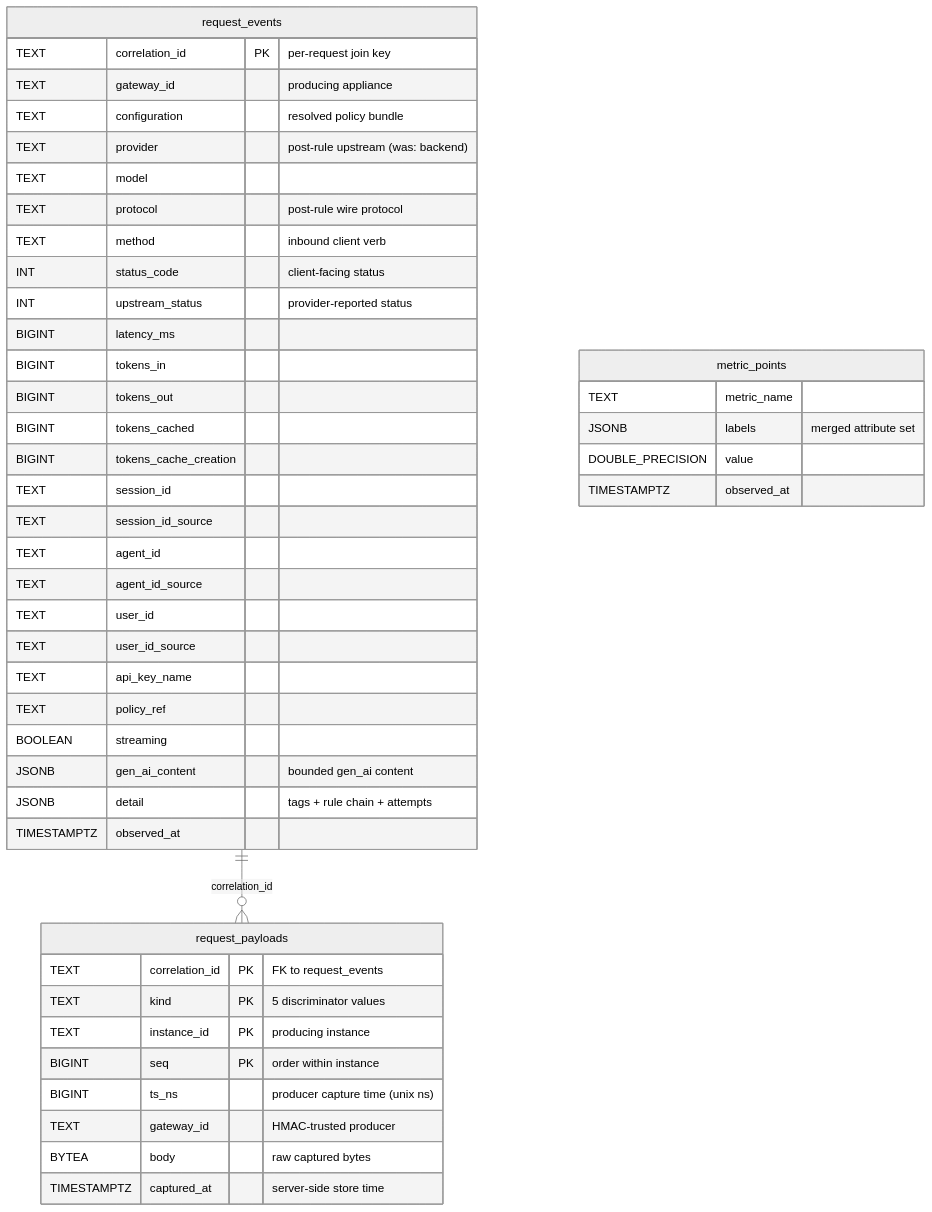
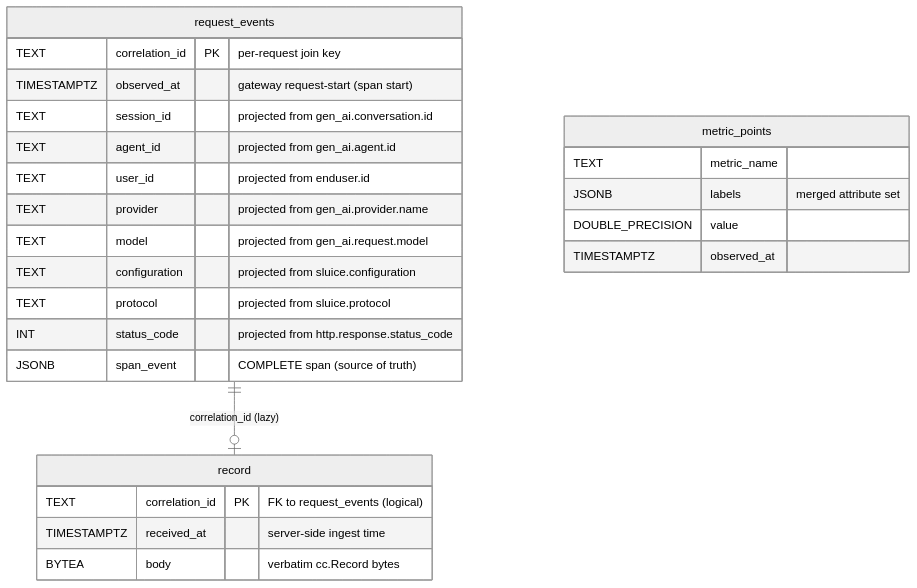
One commit to andyjmorgan/slipspace-gateway changed the diagram in docs/telemetry-database-schema.md. Above: the diagram before and after it, drawn with Mermaid (neutral theme). The commit also changed other lines of this file and 5 other files, not shown here.

````diff
--- a/docs/telemetry-database-schema.md
+++ b/docs/telemetry-database-schema.md
@@ -36,48 +40,28 @@
 ```mermaid
 erDiagram
-    request_events ||--o{ request_payloads : "correlation_id"
+    request_events ||--o| record : "correlation_id (lazy)"
     request_events {
         TEXT        correlation_id PK "per-request join key"
-        TEXT        gateway_id "producing appliance"
-        TEXT        configuration "resolved policy bundle"
-        TEXT        provider "post-rule upstream (was: backend)"
-        TEXT        model
-        TEXT        protocol "post-rule wire protocol"
-        TEXT        method "inbound client verb"
-        INT         status_code "client-facing status"
-        INT         upstream_status "provider-reported status"
-        BIGINT      latency_ms
-        BIGINT      tokens_in
-        BIGINT      tokens_out
-        BIGINT      tokens_cached
-        BIGINT      tokens_cache_creation
-        TEXT        session_id
-        TEXT        session_id_source
-        TEXT        agent_id
-        TEXT        agent_id_source
-        TEXT        user_id
-        TEXT        user_id_source
-        TEXT        api_key_name
-        TEXT        policy_ref
-        BOOLEAN     streaming
-        JSONB       gen_ai_content "bounded gen_ai content"
-        JSONB       detail "tags + rule chain + attempts"
-        TIMESTAMPTZ observed_at
+        TIMESTAMPTZ observed_at "gateway request-start (span start)"
+        TEXT        session_id "projected from gen_ai.conversation.id"
+        TEXT        agent_id "projected from gen_ai.agent.id"
+        TEXT        user_id "projected from enduser.id"
+        TEXT        provider "projected from gen_ai.provider.name"
+        TEXT        model "projected from gen_ai.request.model"
+        TEXT        configuration "projected from sluice.configuration"
+        TEXT        protocol "projected from sluice.protocol"
+        INT         status_code "projected from http.response.status_code"
+        JSONB       span_event "COMPLETE span (source of truth)"
     }
-    request_payloads {
-        TEXT        correlation_id PK "FK to request_events"
-        TEXT        kind PK "5 discriminator values"
-        TEXT        instance_id PK "producing instance"
-        BIGINT      seq PK "order within instance"
-        BIGINT      ts_ns "producer capture time (unix ns)"
-        TEXT        gateway_id "HMAC-trusted producer"
-        BYTEA       body "raw captured bytes"
-        TIMESTAMPTZ captured_at "server-side store time"
+    record {
+        TEXT        correlation_id PK "FK to request_events (logical)"
+        TIMESTAMPTZ received_at "server-side ingest time"
+        BYTEA       body "verbatim cc.Record bytes"
     }
     metric_points {
         TEXT             metric_name
         JSONB            labels "merged attribute set"
         DOUBLE_PRECISION value
         TIMESTAMPTZ      observed_at
     }
 ```
````
